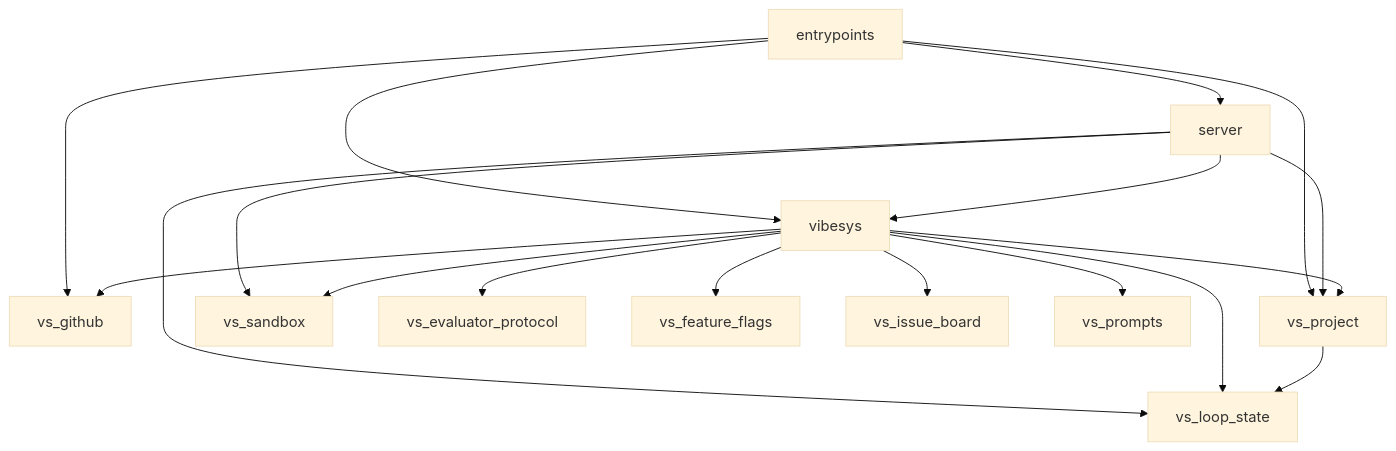
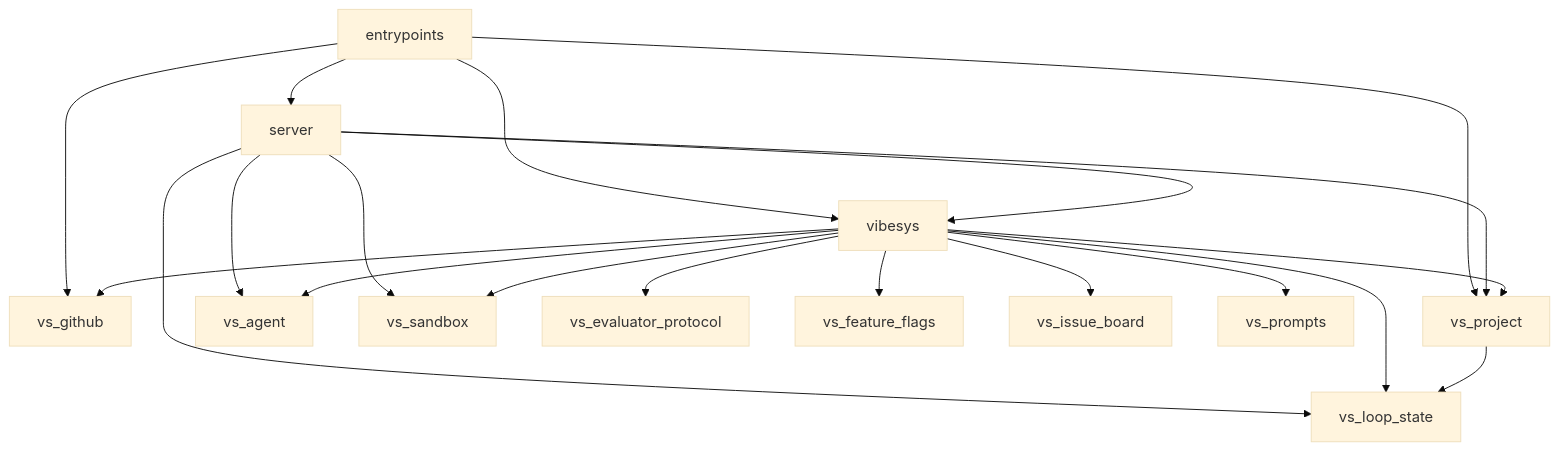
Before and after one commit to uw-syfi/vibesys: the first of 3 diagrams in docs/contributing/architecture.md, drawn with Mermaid (base theme). The commit also changed other lines of this file and 1 other file, not shown here.

First line of the commit message:
refactor: enforce the vibesys.api boundary for server (Wave 6b)

````diff
--- a/docs/contributing/architecture.md
+++ b/docs/contributing/architecture.md
@@ -23,20 +23,22 @@
 ```mermaid
 graph TD
     entrypoints --> server
     entrypoints --> vibesys
     entrypoints --> vs_github
     entrypoints --> vs_project
     server --> vibesys
+    server --> vs_agent
     server --> vs_loop_state
     server --> vs_project
     server --> vs_sandbox
+    vibesys --> vs_agent
     vibesys --> vs_evaluator_protocol
     vibesys --> vs_feature_flags
     vibesys --> vs_github
     vibesys --> vs_issue_board
     vibesys --> vs_loop_state
     vibesys --> vs_project
     vibesys --> vs_prompts
     vibesys --> vs_sandbox
     vs_project --> vs_loop_state
 ```
````
